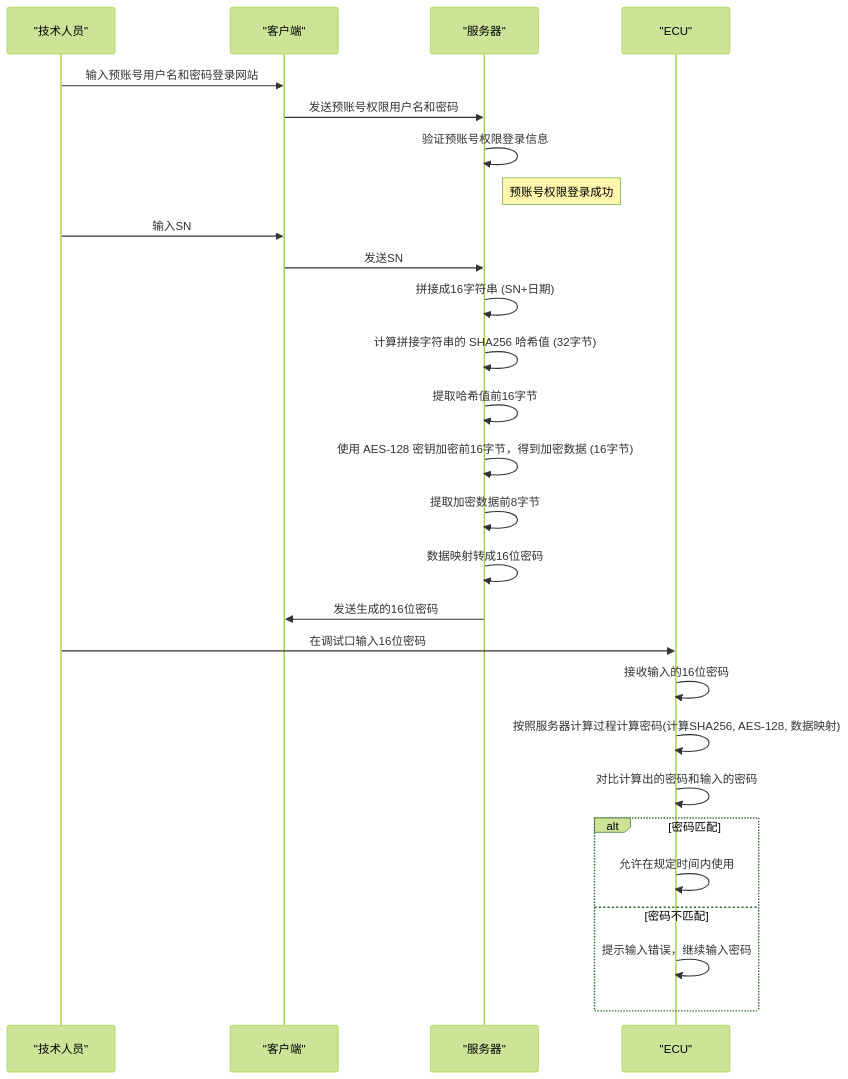
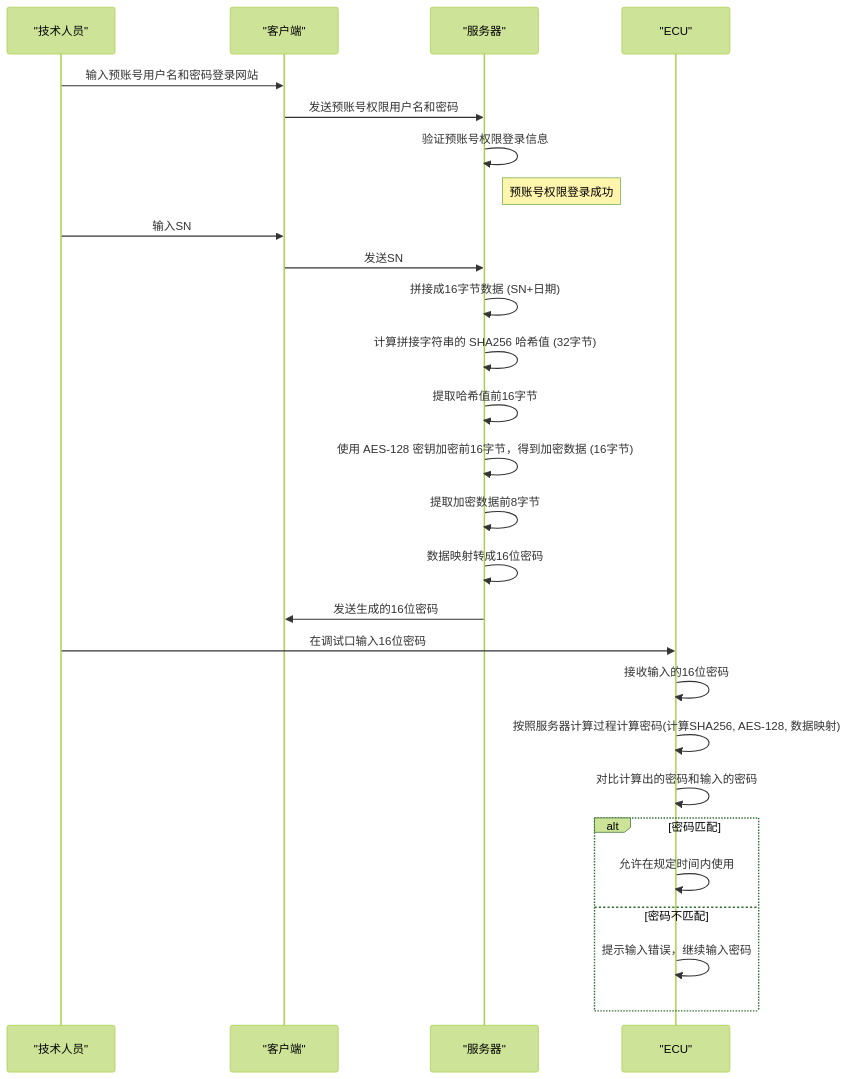
One commit to facebook-cloud/iodraw-files changed the diagram in all/未命名-12.md. Above: the diagram before and after it, drawn with Mermaid (forest theme).

Commit message:
2026-01-14 13:55:01 update

````diff
--- a/all/未命名-12.md
+++ b/all/未命名-12.md
@@ -1,38 +1,38 @@
 ```mermaid
 sequenceDiagram
     participant Technician as "技术人员"
     participant Client as "客户端"
     participant Server as "服务器"
     participant ECU as "ECU"
 
     Technician->>Client: 输入预账号用户名和密码登录网站
     Client->>Server: 发送预账号权限用户名和密码
 
     Server->>Server: 验证预账号权限登录信息
     Note right of Server: 预账号权限登录成功
 
     Technician->>Client: 输入SN
     Client->>Server: 发送SN
 
-    Server->>Server: 拼接成16字符串 (SN+日期)
+    Server->>Server: 拼接成16字节数据 (SN+日期)
     Server->>Server: 计算拼接字符串的 SHA256 哈希值 (32字节)
     Server->>Server: 提取哈希值前16字节
     Server->>Server: 使用 AES-128 密钥加密前16字节，得到加密数据 (16字节)
     Server->>Server: 提取加密数据前8字节
     Server->>Server: 数据映射转成16位密码
 
     Server->>Client: 发送生成的16位密码
 
     Technician->>ECU: 在调试口输入16位密码
 
     ECU->>ECU: 接收输入的16位密码
     ECU->>ECU: 按照服务器计算过程计算密码(计算SHA256, AES-128, 数据映射)
 
     ECU->>ECU: 对比计算出的密码和输入的密码
     alt 密码匹配
         ECU->>ECU: 允许在规定时间内使用
     else 密码不匹配
         ECU->>ECU: 提示输入错误，继续输入密码
     end
 
 ```
````
